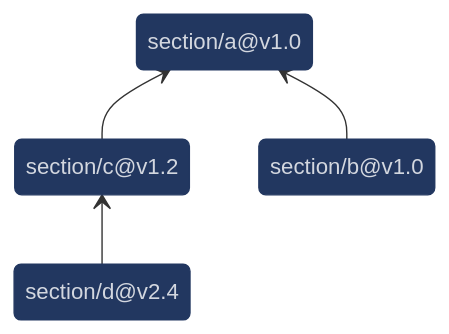
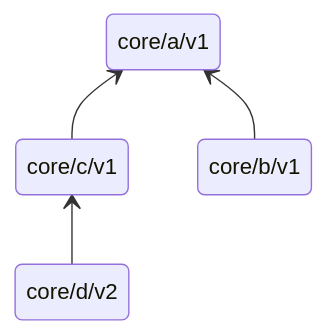
One commit to L0bstr/clawnet changed the diagram in docs/repo-structure.md. Above: the diagram before and after it, drawn with Mermaid. The commit also changed other lines of this file and 6 other files, not shown here.

````diff
--- a/docs/repo-structure.md
+++ b/docs/repo-structure.md
@@ -96,20 +70,13 @@
 ```mermaid
 stateDiagram-v2
     direction BT
 
-    state "section/a@v1.0" as section_a
-    state "section/b@v1.0" as section_b
-    state "section/c@v1.2" as section_c
-    state "section/d@v2.4" as section_d
+    state "core/a/v1" as a
+    state "core/b/v1" as b
+    state "core/c/v1" as c
+    state "core/d/v2" as d
 
-    section_c --> section_a
-    section_b --> section_a
-    section_d --> section_c
-
-    classDef highlight fill:#223760, stroke:#223760, color:#D3D7DF
-
-    class section_a highlight
-    class section_b highlight
-    class section_c highlight
-    class section_d highlight
+    c --> a
+    b --> a
+    d --> c
 ```
````
